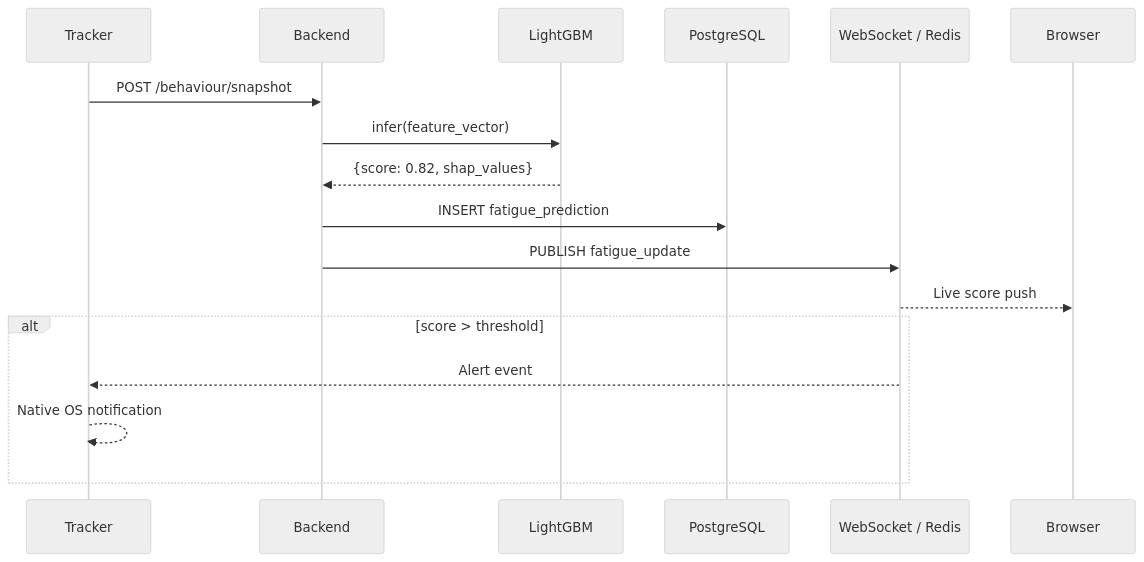
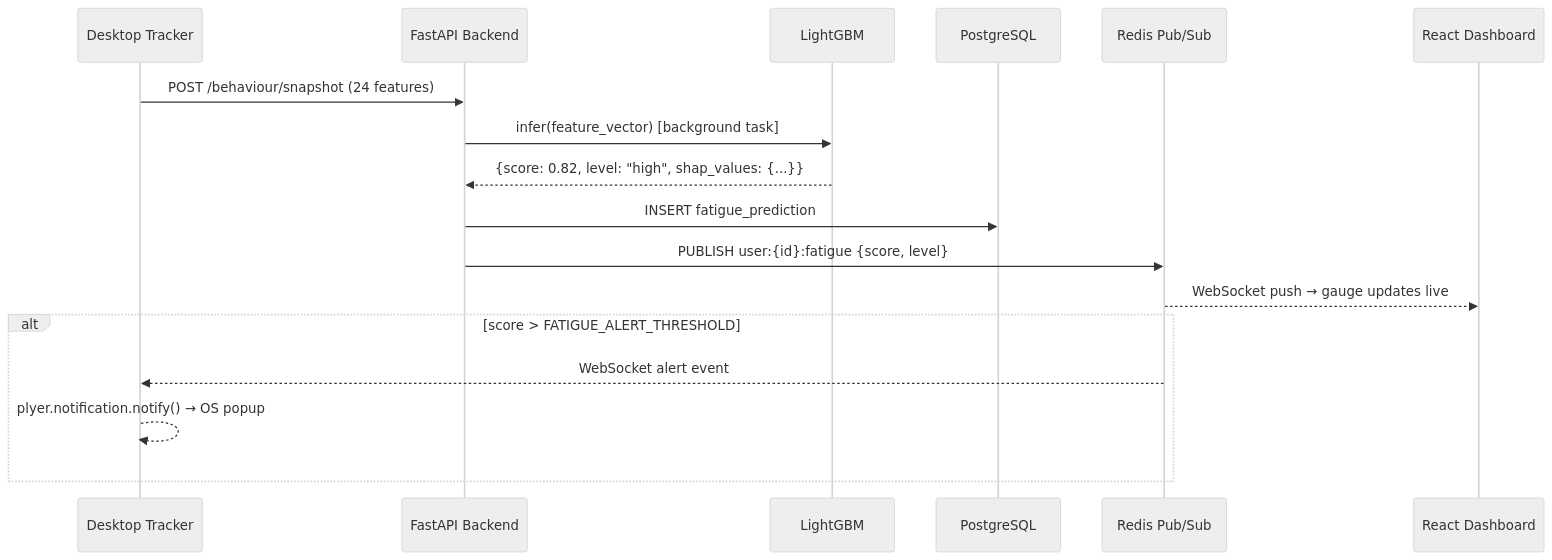
One commit to SahanaK17/Real-Time-Mental-Fatigue-Detection changed the second of 3 diagrams in README.md. Above: the diagram before and after it, drawn with Mermaid (neutral theme). The commit also changed other lines of this file and 14 other files, not shown here.

````diff
--- a/README.md
+++ b/README.md
@@ -131,19 +134,21 @@
 ```mermaid
 sequenceDiagram
-    participant Tracker
-    participant Backend
+    participant T as Desktop Tracker
+    participant B as FastAPI Backend
     participant ML as LightGBM
     participant DB as PostgreSQL
-    participant WS as WebSocket / Redis
+    participant WS as Redis Pub/Sub
+    participant D as React Dashboard
 
-    Tracker->>Backend: POST /behaviour/snapshot
-    Backend->>ML: infer(feature_vector)
-    ML-->>Backend: {score: 0.82, shap_values}
-    Backend->>DB: INSERT fatigue_prediction
-    Backend->>WS: PUBLISH fatigue_update
-    WS-->>Browser: Live score push
-    alt score > threshold
-        WS-->>Tracker: Alert event
-        Tracker-->>Tracker: Native OS notification
+    T->>B: POST /behaviour/snapshot (24 features)
+    B->>ML: infer(feature_vector) [background task]
+    ML-->>B: {score: 0.82, level: "high", shap_values: {...}}
+    B->>DB: INSERT fatigue_prediction
+    B->>WS: PUBLISH user:{id}:fatigue {score, level}
+    WS-->>D: WebSocket push → gauge updates live
+
+    alt score > FATIGUE_ALERT_THRESHOLD
+        WS-->>T: WebSocket alert event
+        T-->>T: plyer.notification.notify() → OS popup
     end
 ```
````
